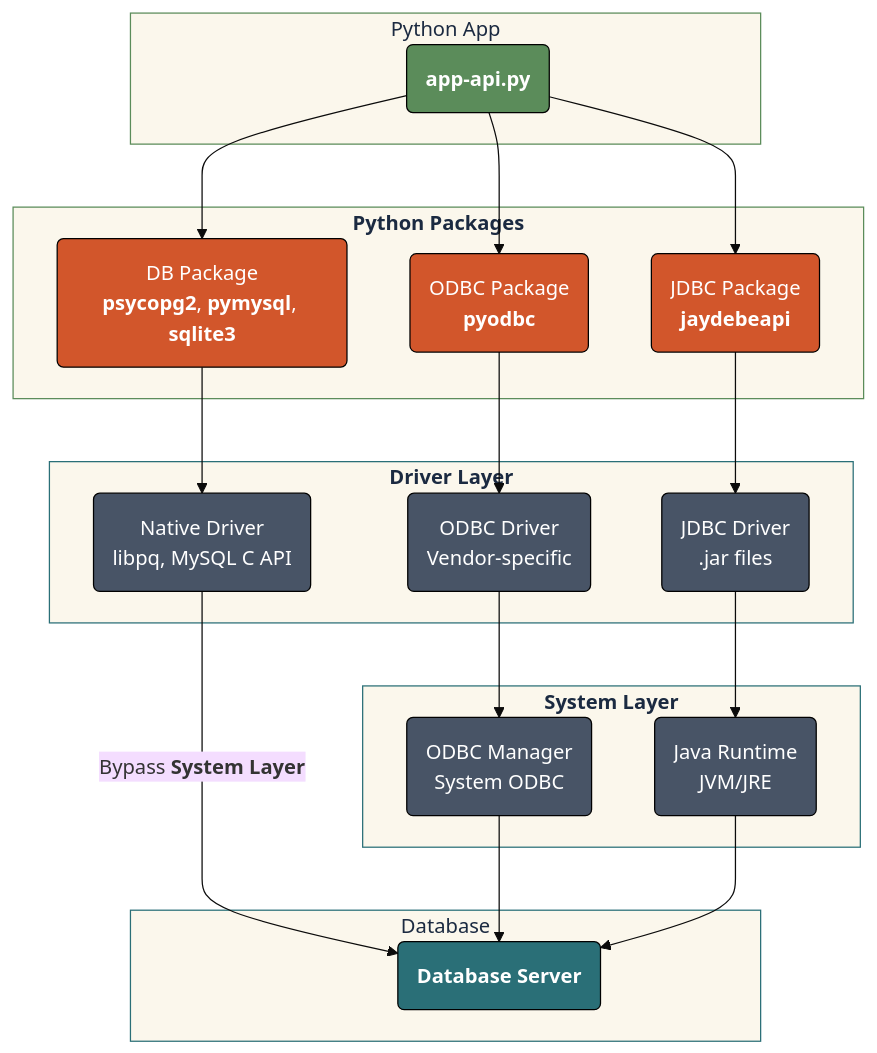
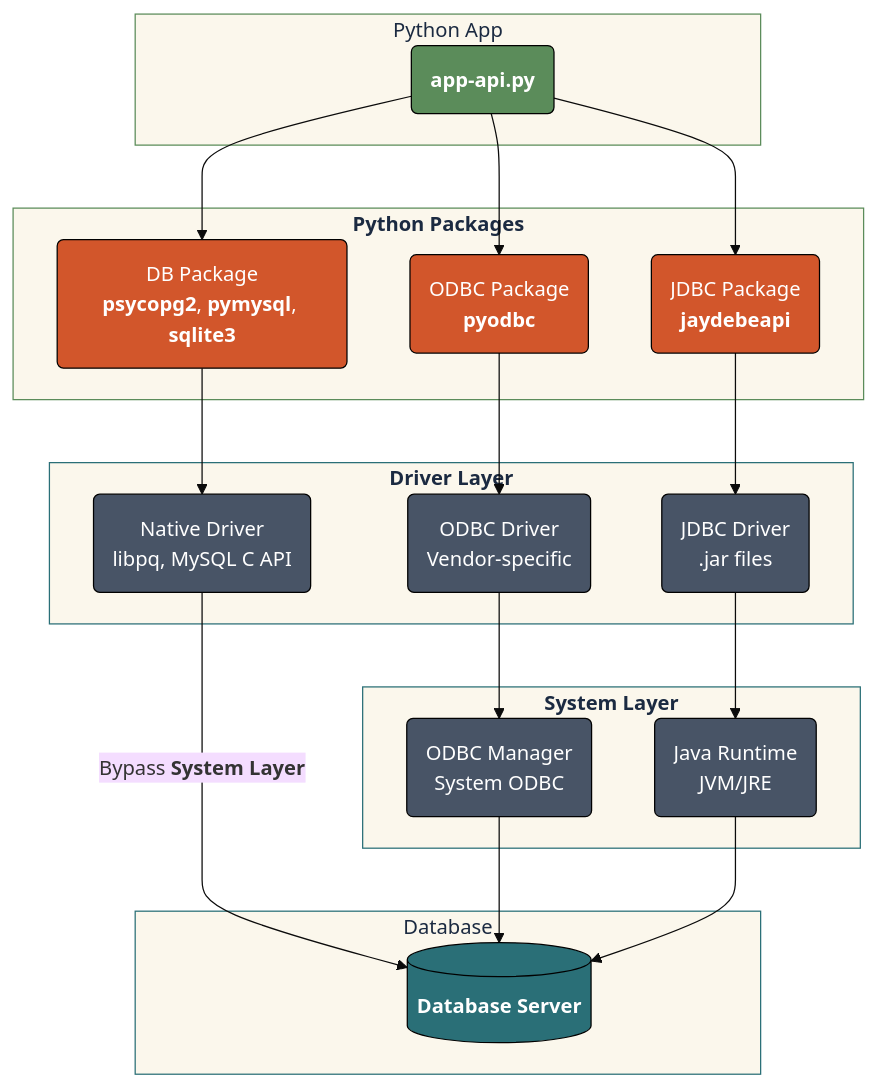
The first of 6 diagrams in lab03.qmd (mjfrigaard/do4ds-labs), drawn with Mermaid before and after one commit. The commit also changed other lines of this file and 28 other files, not shown here.

Commit message:
updates to mermaids

````diff
--- a/lab03.qmd
+++ b/lab03.qmd
@@ -55,73 +55,73 @@
 ```{mermaid}
 %%| fig-cap: 'Python DB Connections'
 %%| fig-align: 'center'
 %%{init: {'theme': 'base', 'themeVariables': {'fontFamily': 'monospace'}}}%%
 
 graph TB
     subgraph PyApp["Python App"]
         PyCode("<strong>app-api.py</strong>")
     end
 
     
     subgraph PyPkg["<strong>Python Packages</strong>"]
         DBPkg("DB Package<br><strong>psycopg2</strong>, <strong>pymysql</strong>, <strong>sqlite3</strong>")
         ODBCPkg("ODBC Package<br><strong>pyodbc</strong>")
         JDBCPkg("JDBC Package<br><strong>jaydebeapi</strong>")
     end
     
     %%% Tints of #35605a
 
     subgraph Driver["<strong>Driver Layer</strong>"]
         NatDrv("Native Driver<br>libpq, MySQL C API")
         ODBCDrv("ODBC Driver<br>Vendor-specific")
         JDBCDrv("JDBC Driver<br>.jar files")
     end
 
     %% Tints of #6b818c
     
     subgraph System["<strong>System Layer</strong>"]
         ODBCSys("ODBC Manager<br>System ODBC")
         JAVASys("Java Runtime<br>JVM/JRE")
     end
 
     %% Tints of #00120b
     
     subgraph DB["Database"]
-        DBServ("<strong>Database Server</strong>")
+        DBServ[("<strong>Database Server</strong>")]
     end
 
     
     %% Direct pathway (bypasses system layer)
     PyCode --> DBPkg
     DBPkg --> NatDrv
     NatDrv --"`Bypass <strong>System Layer</strong>`"--> DBServ
     
     %% ODBC pathway
     PyCode --> ODBCPkg
     ODBCPkg --> ODBCDrv
     ODBCDrv --> ODBCSys
     ODBCSys --> DBServ
     
     %% JDBC pathway
     PyCode --> JDBCPkg
     JDBCPkg --> JDBCDrv
     JDBCDrv --> JAVASys
     JAVASys --> DBServ
     style PyApp fill:#fbf7ec,stroke:#5B8C5A,color:#1B2A41
     style PyPkg fill:#fbf7ec,stroke:#5B8C5A,color:#1B2A41
     style Driver fill:#fbf7ec,stroke:#2A6F77,color:#1B2A41
     style System fill:#fbf7ec,stroke:#2A6F77,color:#1B2A41
     style DB fill:#fbf7ec,stroke:#2A6F77,color:#1B2A41
     style PyCode fill:#5B8C5A,stroke:#000000,stroke-width:1px,color:#ffffff
     style DBPkg fill:#D2562B,stroke:#000000,stroke-width:1px,color:#ffffff
     style ODBCPkg fill:#D2562B,stroke:#000000,stroke-width:1px,color:#ffffff
     style JDBCPkg fill:#D2562B,stroke:#000000,stroke-width:1px,color:#ffffff
     style NatDrv fill:#485466,stroke:#000000,stroke-width:1px,color:#ffffff
     style ODBCDrv fill:#485466,stroke:#000000,stroke-width:1px,color:#ffffff
     style JDBCDrv fill:#485466,stroke:#000000,stroke-width:1px,color:#ffffff
     style ODBCSys fill:#485466,stroke:#000000,stroke-width:1px,color:#ffffff
     style JAVASys fill:#485466,stroke:#000000,stroke-width:1px,color:#ffffff
     style DBServ fill:#2A6F77,stroke:#000000,stroke-width:1px,color:#ffffff
     
 
 ```
````
